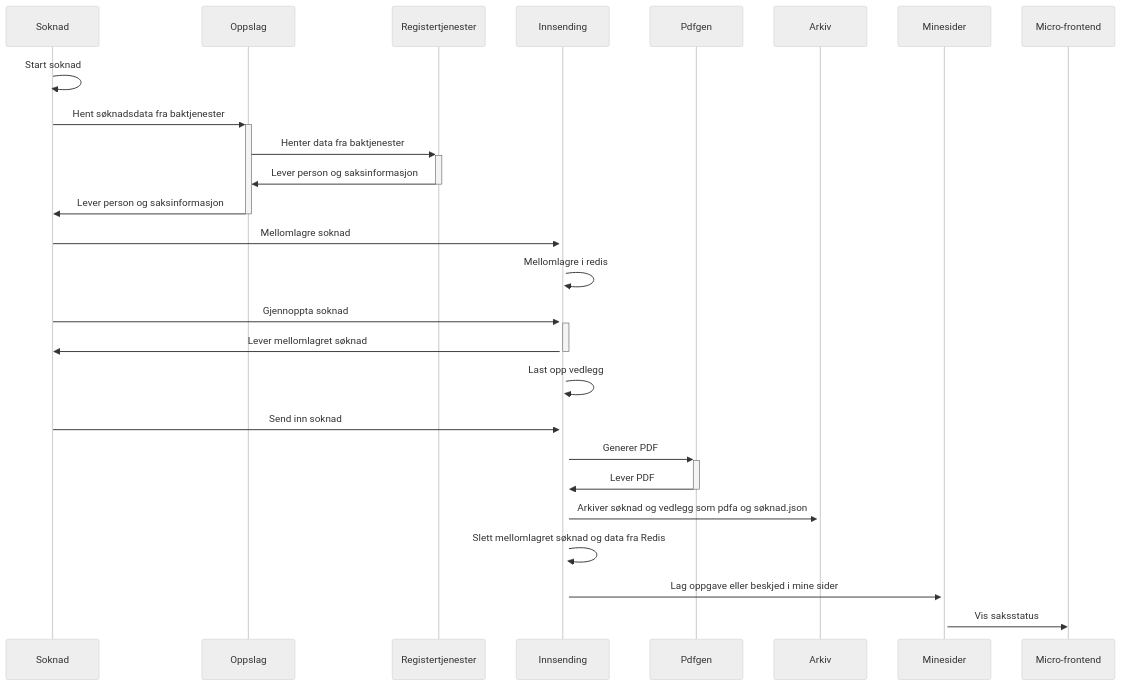
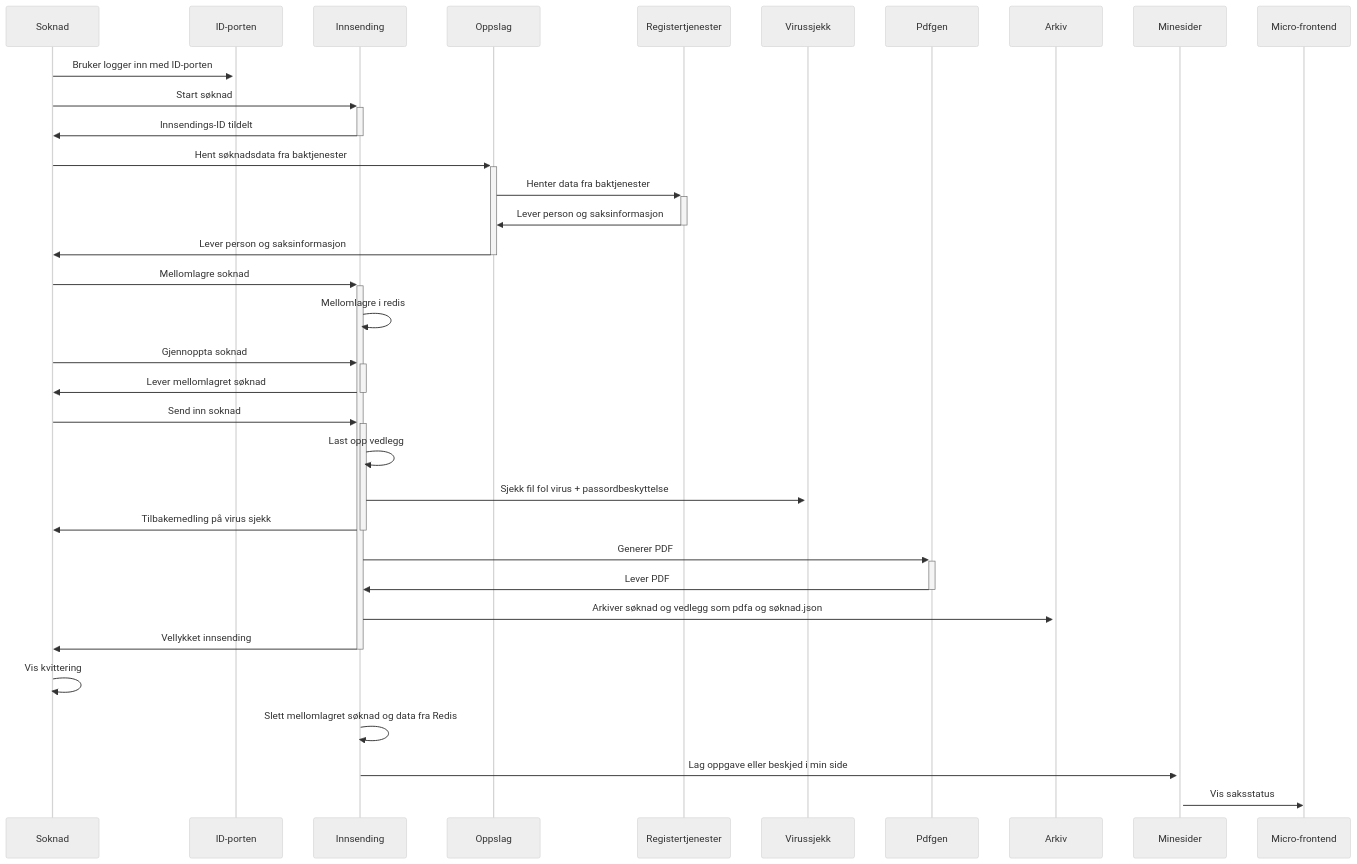
One commit to navikt/aap-intern-sysdok changed the diagram in dokumentasjon/docs/funksjonalitet/02_Søknad/soknad_til_arkiv.md. Above: the diagram before and after it, drawn with Mermaid (neutral theme). The commit also changed 1 other file, not shown here.

Commit message:
oppdatert figur og fiksset tekst

````diff
--- a/dokumentasjon/docs/funksjonalitet/02_Søknad/soknad_til_arkiv.md
+++ b/dokumentasjon/docs/funksjonalitet/02_Søknad/soknad_til_arkiv.md
@@ -3,20 +3,26 @@
 ```mermaid
 sequenceDiagram
-    Soknad->>Soknad: Start soknad
+    Soknad->>+ID-porten: Bruker logger inn med ID-porten
+    Soknad->>+Innsending: Start søknad
+    Innsending->>-Soknad: Innsendings-ID tildelt
     Soknad->>+Oppslag: Hent søknadsdata fra baktjenester
     Oppslag->>+Registertjenester: Henter data fra baktjenester
     Registertjenester->>-Oppslag: Lever person og saksinformasjon
     Oppslag->>-Soknad: Lever person og saksinformasjon
     Soknad->>+Innsending: Mellomlagre soknad
     Innsending->>Innsending: Mellomlagre i redis
     Soknad->>+Innsending: Gjennoppta soknad
     Innsending->>-Soknad: Lever mellomlagret søknad
+    Soknad->>+Innsending: Send inn soknad
     Innsending->>Innsending: Last opp vedlegg
-    Soknad->>+Innsending: Send inn soknad
+    Innsending->>+Virussjekk: Sjekk fil fol virus + passordbeskyttelse
+    Innsending->>-Soknad: Tilbakemedling på virus sjekk
     Innsending->>+Pdfgen: Generer PDF
     Pdfgen->>-Innsending: Lever PDF
     Innsending->>+Arkiv: Arkiver søknad og vedlegg som pdfa og søknad.json
+    Innsending->>-Soknad: Vellykket innsending
+    Soknad->>Soknad : Vis kvittering
     Innsending->>Innsending: Slett mellomlagret søknad og data fra Redis
-    Innsending->>+Minesider: Lag oppgave eller beskjed i mine sider
+    Innsending->>+Minesider: Lag oppgave eller beskjed i min side
     Minesider->>Micro-frontend: Vis saksstatus
 ```
````
